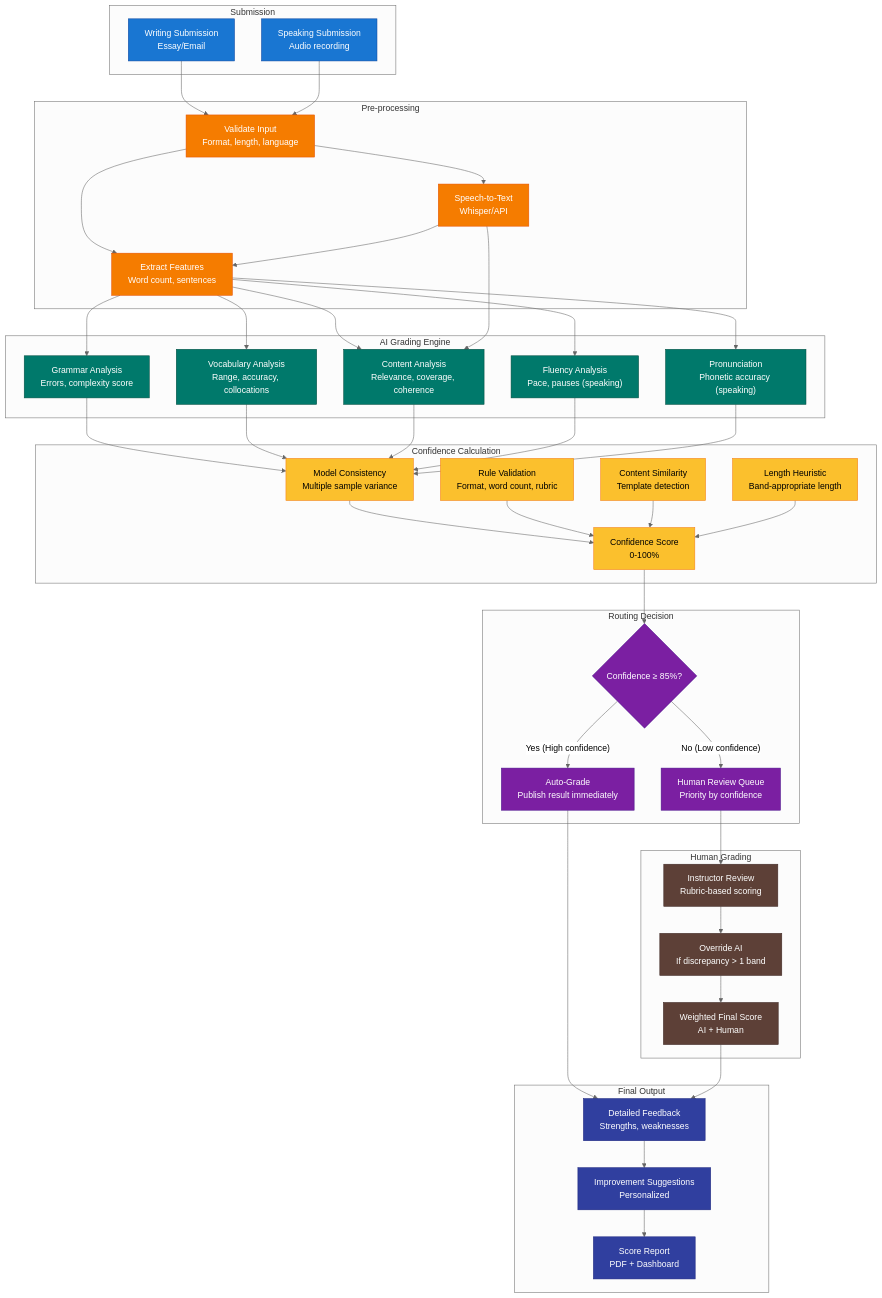
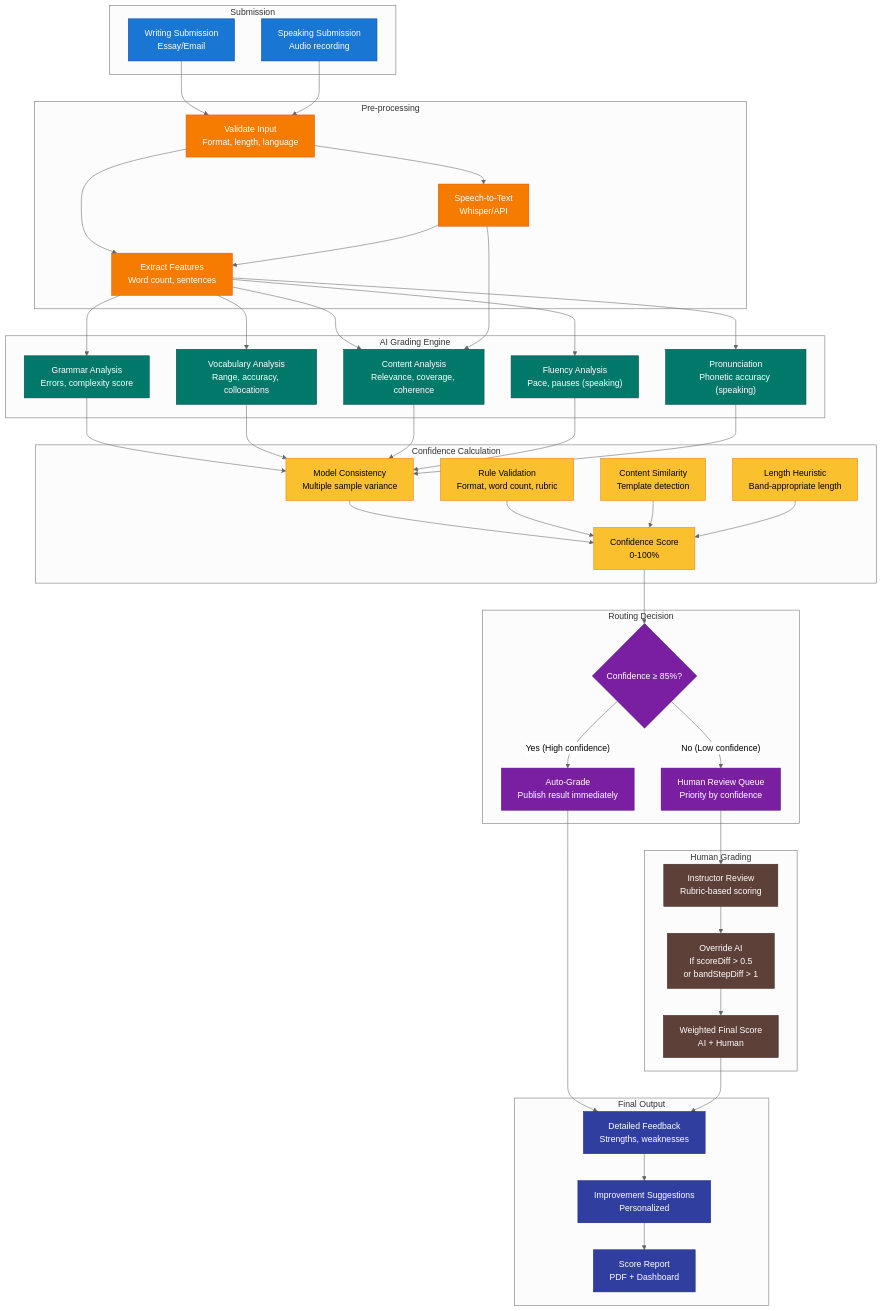
The seventh of 13 diagrams in docs/capstone/diagrams/flow-diagrams.vi.md (nghyane/VSTEP), drawn with Mermaid (neutral theme) before and after one commit. The commit also changed other lines of this file and 25 other files, not shown here.

```diff
--- a/docs/capstone/diagrams/flow-diagrams.vi.md
+++ b/docs/capstone/diagrams/flow-diagrams.vi.md
@@ -568,7 +566,7 @@
 
     subgraph HumanGrading ["Human Grading"]
         InstructorReview["Instructor Review<br/>Rubric-based scoring"]
-        Override["Override AI<br/>If discrepancy > 1 band"]
+        Override["Override AI<br/>If scoreDiff > 0.5<br/>or bandStepDiff > 1"]
         WeightedScore["Weighted Final Score<br/>AI + Human"]
     end
 
```
